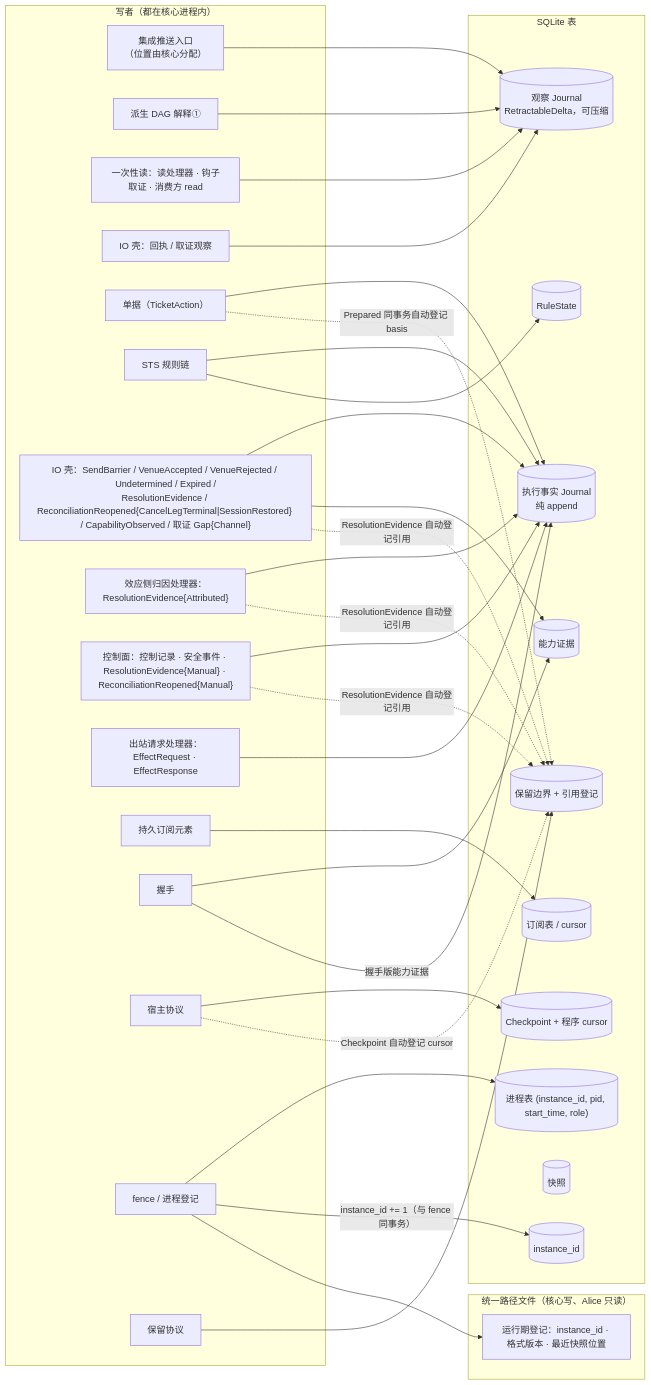
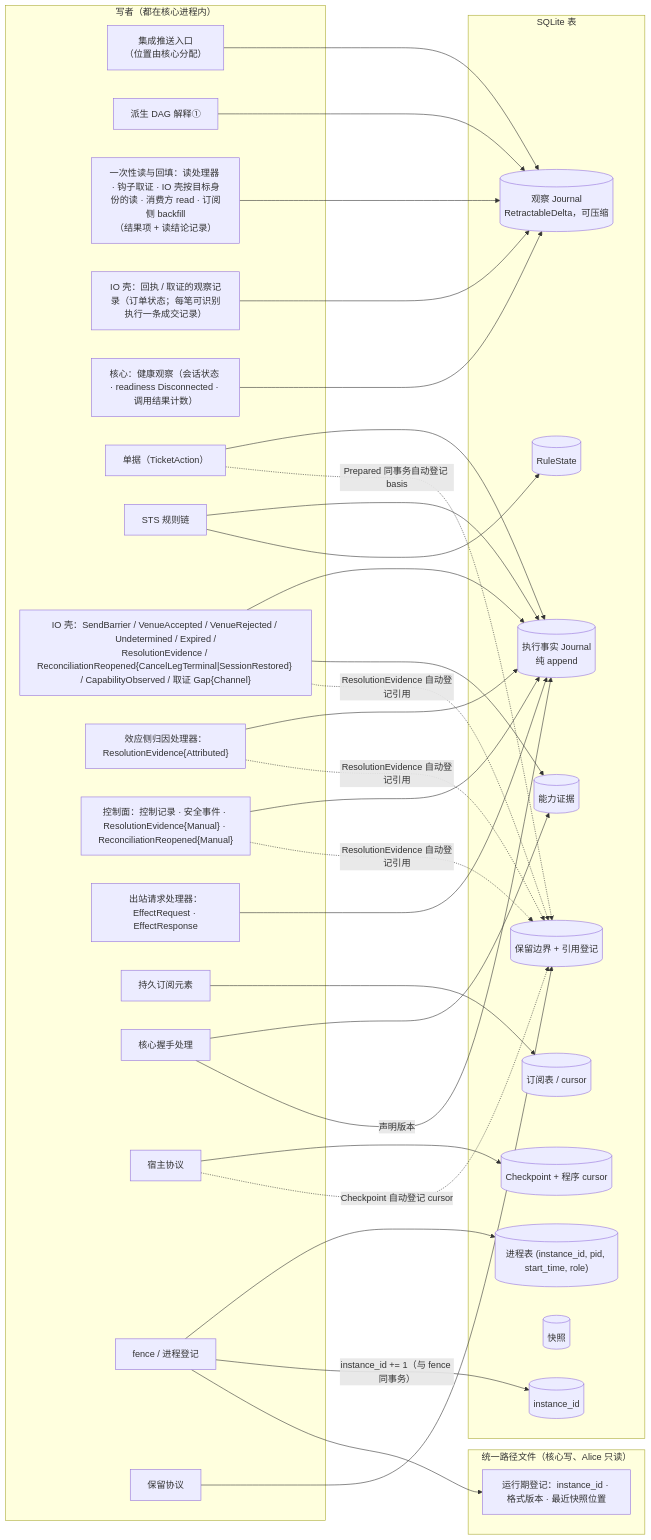
One commit to mouriya-s-lab/uta changed the fourth of 4 diagrams in design/diagrams/01-process-topology.md. Above: the diagram before and after it, drawn with Mermaid. The commit also changed other lines of this file and 19 other files, not shown here.

Commit message:
design: integrate contract clusters — one-to-many receipt/reconciliation records with per-record attribution, read_model signatures per kind, unified not-called read outcomes, observation-record wording across diagrams, reference and glossary alignment

````diff
--- a/design/diagrams/01-process-topology.md
+++ b/design/diagrams/01-process-topology.md
@@ -162,60 +162,62 @@
 ```mermaid
 flowchart LR
   subgraph W["写者（都在核心进程内）"]
     PUSH["集成推送入口<br/>（位置由核心分配）"]
     DAG["派生 DAG 解释①"]
-    RD["一次性读：读处理器 · 钩子取证 · 消费方 read"]
-    IOR["IO 壳：回执 / 取证观察"]
+    RD["一次性读与回填：读处理器 · 钩子取证 · IO 壳按目标身份的读 · 消费方 read · 订阅侧 backfill<br/>（结果项 + 读结论记录）"]
+    IOR["IO 壳：回执 / 取证的观察记录（订单状态；每笔可识别执行一条成交记录）"]
+    HLT["核心：健康观察（会话状态 · readiness Disconnected · 调用结果计数）"]
     TK["单据（TicketAction）"]
     STS["STS 规则链"]
     IOE["IO 壳：SendBarrier / VenueAccepted / VenueRejected / Undetermined / Expired /<br/>ResolutionEvidence / ReconciliationReopened{CancelLegTerminal|SessionRestored} / CapabilityObserved / 取证 Gap{Channel}"]
     ATTR["效应侧归因处理器：ResolutionEvidence{Attributed}"]
     CTL["控制面：控制记录 · 安全事件 · ResolutionEvidence{Manual} · ReconciliationReopened{Manual}"]
     OUT["出站请求处理器：EffectRequest · EffectResponse"]
     SUBEL["持久订阅元素"]
-    HS["握手"]
+    HS["核心握手处理"]
     HOSTP["宿主协议"]
     FENCE["fence / 进程登记"]
     RET["保留协议"]
   end
   subgraph T["SQLite 表"]
     OJ[("观察 Journal<br/>RetractableDelta，可压缩")]
     EJ[("执行事实 Journal<br/>纯 append")]
     RS[("RuleState")]
     SUB[("订阅表 / cursor")]
     CAP[("能力证据")]
     CK[("Checkpoint + 程序 cursor")]
     PT[("进程表 (instance_id, pid, start_time, role)")]
     RB[("保留边界 + 引用登记")]
     SN[("快照")]
     IID[("instance_id")]
   end
   subgraph F["统一路径文件（核心写、Alice 只读）"]
     RUN["运行期登记：instance_id · 格式版本 · 最近快照位置"]
   end
   PUSH --> OJ
   DAG --> OJ
   RD --> OJ
   IOR --> OJ
+  HLT --> OJ
   TK --> EJ
   STS --> EJ
   STS --> RS
   IOE --> EJ
   ATTR --> EJ
   CTL --> EJ
   OUT --> EJ
   SUBEL --> SUB
   HS --> CAP
-  HS -->|"握手版能力证据"| EJ
+  HS -->|"声明版本"| EJ
   IOE --> CAP
   HOSTP --> CK
   FENCE --> PT
   FENCE -->|"instance_id += 1（与 fence 同事务）"| IID
   FENCE --> RUN
   RET --> RB
   TK -.->|"Prepared 同事务自动登记 basis"| RB
   IOE -.->|"ResolutionEvidence 自动登记引用"| RB
   ATTR -.->|"ResolutionEvidence 自动登记引用"| RB
   CTL -.->|"ResolutionEvidence 自动登记引用"| RB
   HOSTP -.->|"Checkpoint 自动登记 cursor"| RB
 ```
````
